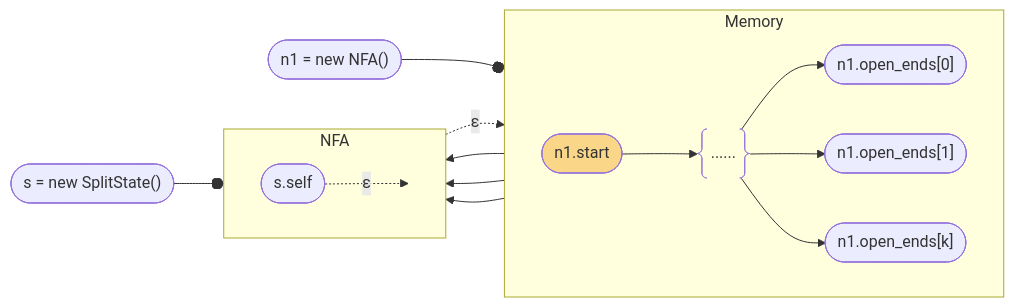
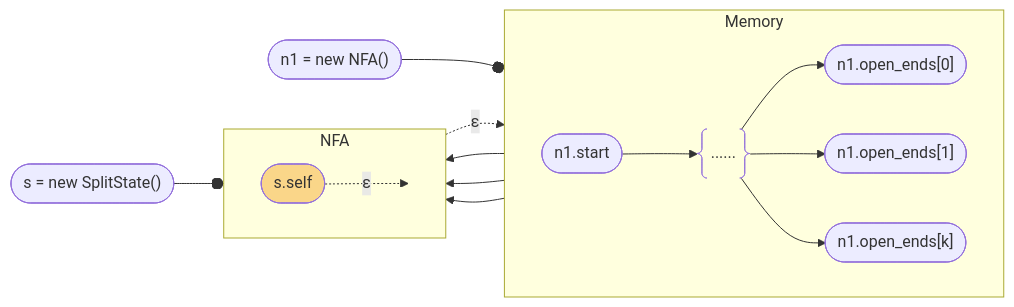
The eighth of 12 diagrams in _posts/2025-03-30-ken-thompsons-post2nfa-algorithm.md (erikyao/erikyao.github.io), drawn with Mermaid before and after one commit. The commit also changed other lines of this file, not shown here.

````diff
--- a/_posts/2025-03-30-ken-thompsons-post2nfa-algorithm.md
+++ b/_posts/2025-03-30-ken-thompsons-post2nfa-algorithm.md
@@ -268,28 +272,28 @@
 ```mermaid
 flowchart LR
     subgraph Memory
     direction LR
     A([n1.start]) --> C@{ shape: braces, label: "......" }
     C --> D(["n1.open_ends[0]"])
     C --> E(["n1.open_ends[1]"])
     C --> F(["n1.open_ends[k]"])
     end
 
     subgraph NFA
     direction LR
     H([s.self]) -.->|ε| NONE_K:::hidden
     end
     
     G(["n1 = new NFA()"]) --o Memory
 
     H([s.self]) -.->|ε| A
 
     D --> H
     E --> H
     F --> H
 
     L(["s = new SplitState()"]) --o NFA
     
     classDef hidden display: none;
-    style A fill:#FAD689
+    style H fill:#FAD689
 ```
````
